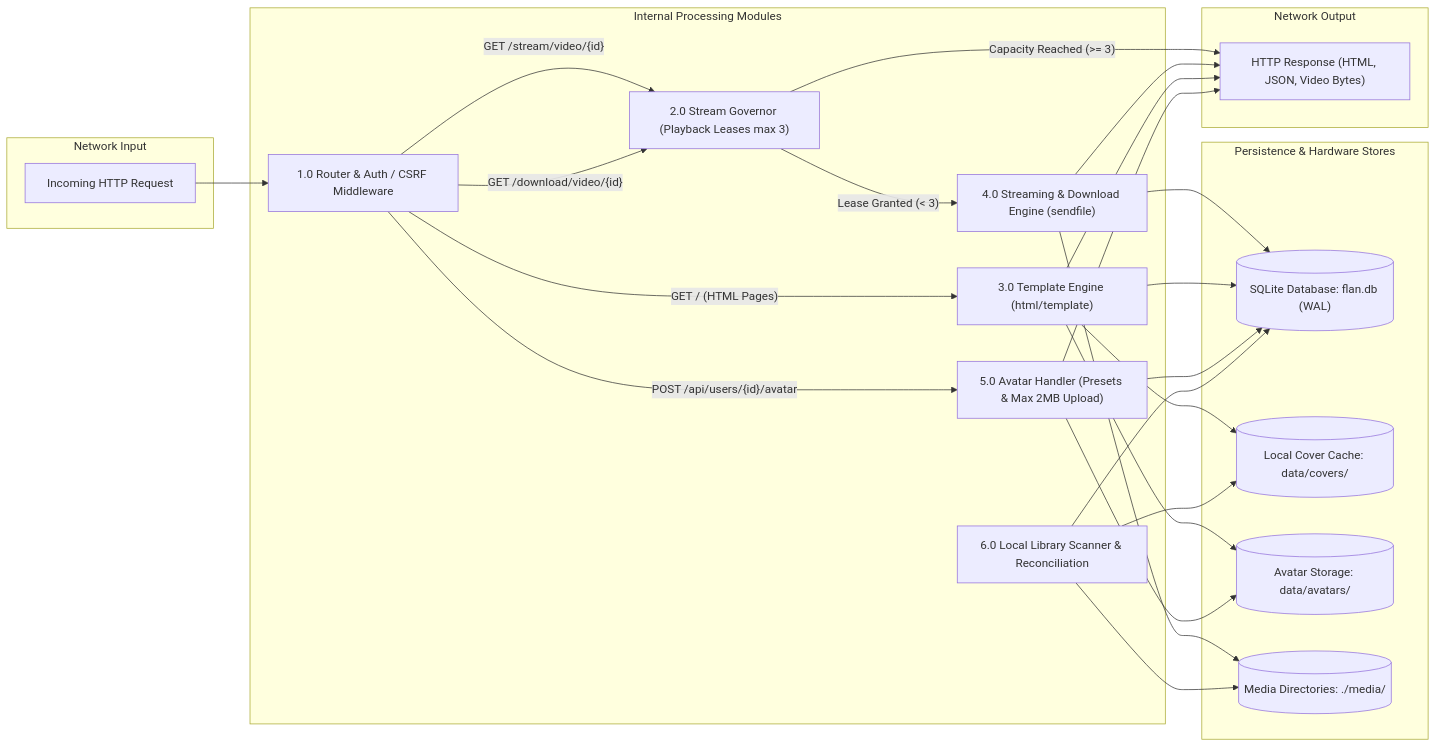
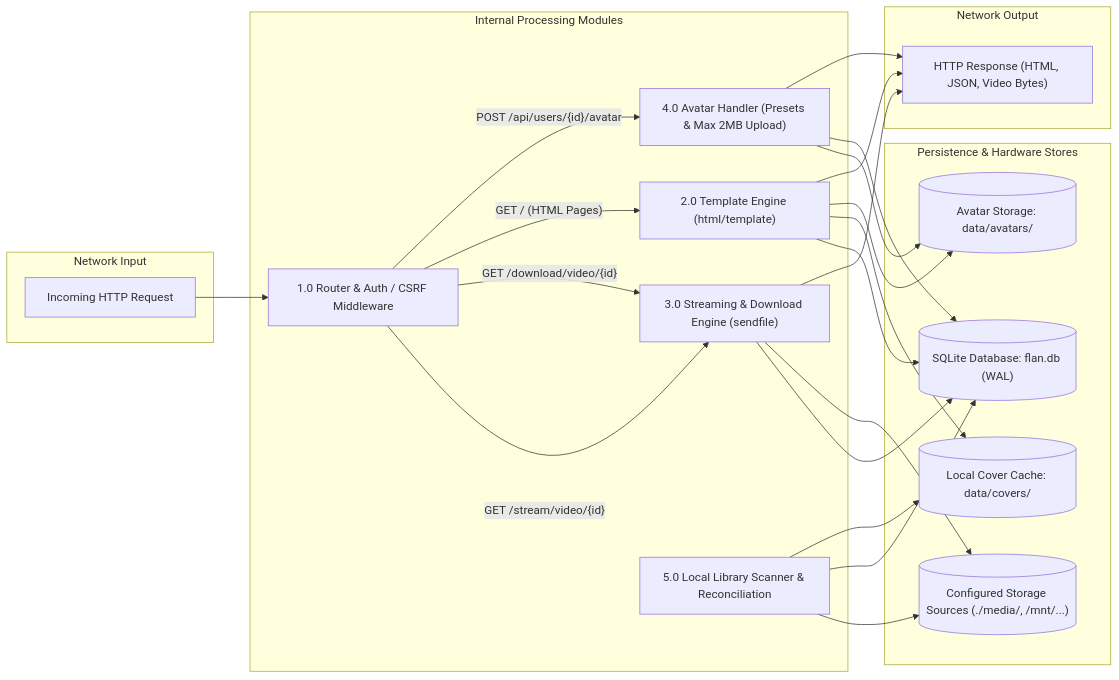
One commit to WesleyEsq/Flan-Media-Server changed the second of 6 diagrams in docs/diagrams/data-flow.md. Above: the diagram before and after it, drawn with Mermaid. The commit also changed other lines of this file and 26 other files, not shown here.

````diff
--- a/docs/diagrams/data-flow.md
+++ b/docs/diagrams/data-flow.md
@@ -43,47 +43,44 @@
 ```mermaid
 flowchart LR
     subgraph Input["Network Input"]
         Request["Incoming HTTP Request"]
     end
 
     subgraph Core["Internal Processing Modules"]
         Router["1.0 Router & Auth / CSRF Middleware"]
-        Governor["2.0 Stream Governor (Playback Leases max 3)"]
-        PageEngine["3.0 Template Engine (html/template)"]
-        StreamEngine["4.0 Streaming & Download Engine (sendfile)"]
-        AvatarEngine["5.0 Avatar Handler (Presets & Max 2MB Upload)"]
-        Scanner["6.0 Local Library Scanner & Reconciliation"]
+        PageEngine["2.0 Template Engine (html/template)"]
+        StreamEngine["3.0 Streaming & Download Engine (sendfile)"]
+        AvatarEngine["4.0 Avatar Handler (Presets & Max 2MB Upload)"]
+        Scanner["5.0 Local Library Scanner & Reconciliation"]
     end
 
     subgraph Stores["Persistence & Hardware Stores"]
         SQLite[("SQLite Database: flan.db (WAL)")]
         Covers[("Local Cover Cache: data/covers/")]
         Avatars[("Avatar Storage: data/avatars/")]
-        HostDrives[("Media Directories: ./media/")]
+        HostDrives[("Configured Storage Sources (./media/, /mnt/...)")]
     end
 
     subgraph Output["Network Output"]
         Response["HTTP Response (HTML, JSON, Video Bytes)"]
     end
 
     Request --> Router
-    Router -- "GET /stream/video/{id}" --> Governor
-    Router -- "GET /download/video/{id}" --> Governor
-    Governor -- "Lease Granted (< 3)" --> StreamEngine
-    Governor -- "Capacity Reached (>= 3)" --> Response
+    Router -- "GET /stream/video/{id}" --> StreamEngine
+    Router -- "GET /download/video/{id}" --> StreamEngine
     Router -- "GET / (HTML Pages)" --> PageEngine
     Router -- "POST /api/users/{id}/avatar" --> AvatarEngine
     StreamEngine --> SQLite
     StreamEngine --> HostDrives
     StreamEngine --> Response
     PageEngine --> SQLite
     PageEngine --> Covers
     PageEngine --> Avatars
     PageEngine --> Response
     AvatarEngine --> Avatars
     AvatarEngine --> SQLite
     AvatarEngine --> Response
     Scanner --> HostDrives
     Scanner --> SQLite
     Scanner --> Covers
 ```
````
